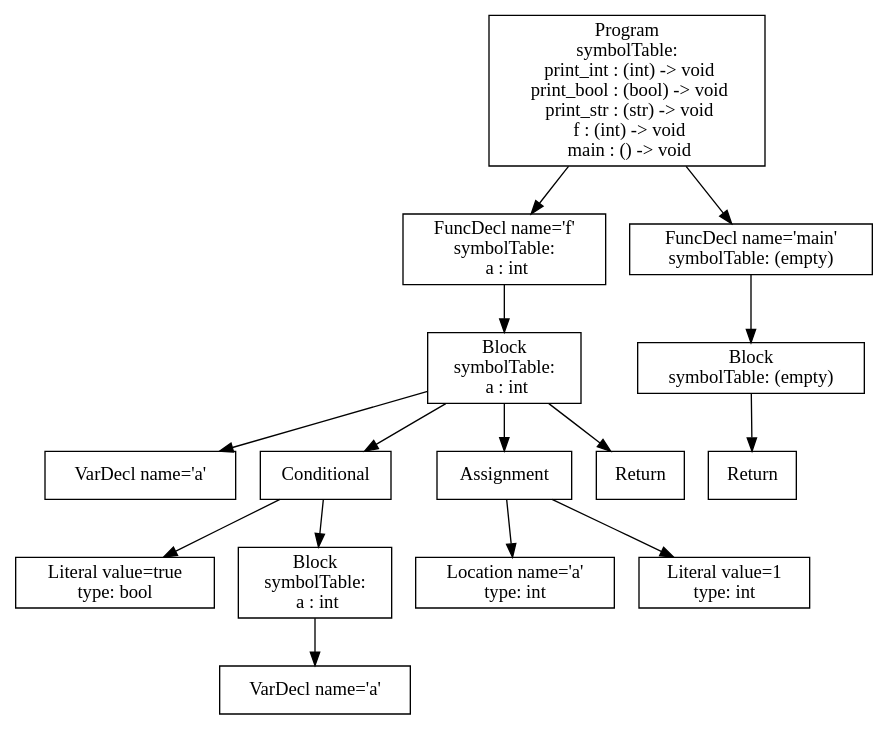
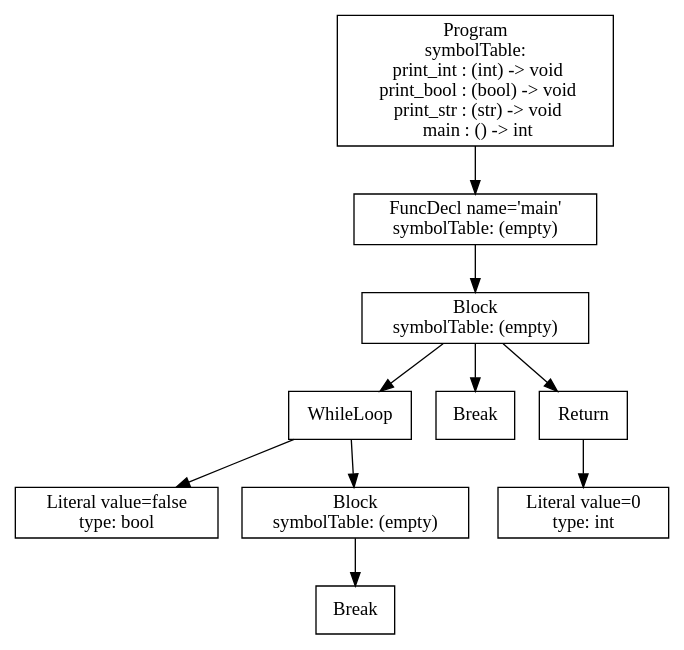
Before and after one commit to purejerome/cs432_project: the diagram in p3-analysis/tree.dot, drawn with Graphviz. The commit also changed 136 other files, not shown here.

```diff
--- a/p3-analysis/tree.dot
+++ b/p3-analysis/tree.dot
@@ -1,31 +1,21 @@
 digraph AST {
-3 [shape=box, label="VarDecl name='a'"];
-5 [shape=box, label="Literal value=true\ntype: bool"];
-7 [shape=box, label="VarDecl name='a'"];
-6 [shape=box, label="Block\nsymbolTable: \n  a : int"];
-6 -> 7;
-4 [shape=box, label="Conditional"];
-4 -> 5;
-4 -> 6;
-9 [shape=box, label="Location name='a'\ntype: int"];
-10 [shape=box, label="Literal value=1\ntype: int"];
-8 [shape=box, label="Assignment"];
+4 [shape=box, label="Literal value=false\ntype: bool"];
+6 [shape=box, label="Break"];
+5 [shape=box, label="Block\nsymbolTable: (empty)"];
+5 -> 6;
+3 [shape=box, label="WhileLoop"];
+3 -> 4;
+3 -> 5;
+7 [shape=box, label="Break"];
+9 [shape=box, label="Literal value=0\ntype: int"];
+8 [shape=box, label="Return"];
 8 -> 9;
-8 -> 10;
-11 [shape=box, label="Return"];
-2 [shape=box, label="Block\nsymbolTable: \n  a : int"];
+2 [shape=box, label="Block\nsymbolTable: (empty)"];
 2 -> 3;
-2 -> 4;
+2 -> 7;
 2 -> 8;
-2 -> 11;
-1 [shape=box, label="FuncDecl name='f'\nsymbolTable: \n  a : int"];
+1 [shape=box, label="FuncDecl name='main'\nsymbolTable: (empty)"];
 1 -> 2;
-14 [shape=box, label="Return"];
-13 [shape=box, label="Block\nsymbolTable: (empty)"];
-13 -> 14;
-12 [shape=box, label="FuncDecl name='main'\nsymbolTable: (empty)"];
-12 -> 13;
-0 [shape=box, label="Program\nsymbolTable: \n  print_int : (int) -> void\n  print_bool : (bool) -> void\n  print_str : (str) -> void\n  f : (int) -> void\n  main : () -> void"];
+0 [shape=box, label="Program\nsymbolTable: \n  print_int : (int) -> void\n  print_bool : (bool) -> void\n  print_str : (str) -> void\n  main : () -> int"];
 0 -> 1;
-0 -> 12;
 }
```
